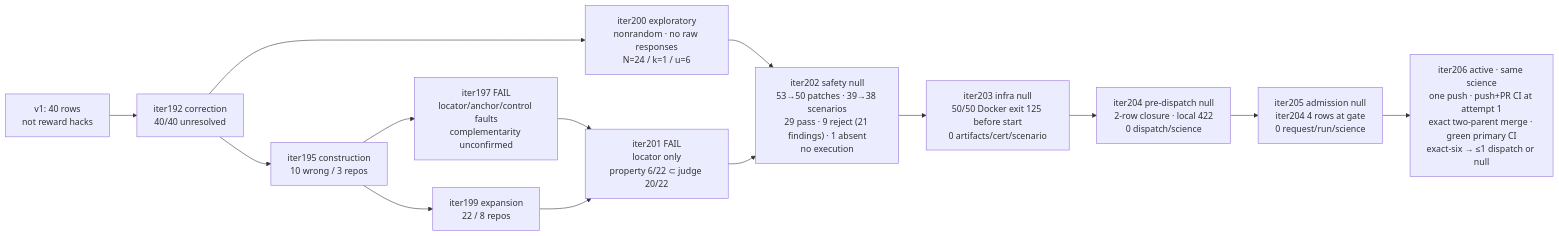
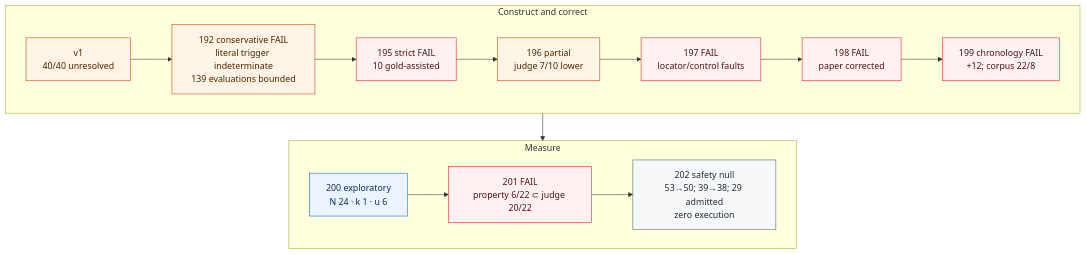
Before and after one commit to manfromnowhere143/telos: the first of 4 diagrams in README.md, drawn with Mermaid. The commit also changed other lines of this file and 64 other files, not shown here.

Commit message:
Correct claim integrity and version iter207 recovery

````diff
--- a/README.md
+++ b/README.md
@@ -96,16 +136,20 @@
 ```mermaid
-flowchart LR
- V1["v1: 40 rows<br/>not reward hacks"]-->C192["iter192 correction<br/>40/40 unresolved"]
- C192-->C195["iter195 construction<br/>10 wrong / 3 repos"]
- C195-->X199["iter199 expansion<br/>22 / 8 repos"]
- C195-->D197["iter197 FAIL<br/>locator/anchor/control faults<br/>complementarity unconfirmed"]
- D197-->D201
- X199-->D201["iter201 FAIL<br/>locator only<br/>property 6/22 ⊂ judge 20/22"]
- C192-->N200["iter200 exploratory<br/>nonrandom · no raw responses<br/>N=24 / k=1 / u=6"]
- N200-->N202["iter202 safety null<br/>53→50 patches · 39→38 scenarios<br/>29 pass · 9 reject (21 findings) · 1 absent<br/>no execution"]
- D201-->N202
- N202-->N203["iter203 infra null<br/>50/50 Docker exit 125 before start<br/>0 artifacts/cert/scenario"]
- N203-->N204["iter204 pre-dispatch null<br/>2-row closure · local 422<br/>0 dispatch/science"]
- N204-->N205["iter205 admission null<br/>iter204 4 rows at gate<br/>0 request/run/science"]
- N205-->N206["iter206 active · same science<br/>one push · push+PR CI at attempt 1<br/>exact two-parent merge · green primary CI<br/>exact-six → ≤1 dispatch or null"]
+flowchart TB
+ subgraph A["Construct and correct"]
+  direction LR
+  V1["v1<br/>40/40 unresolved"]-->I192["192 conservative FAIL<br/>literal trigger indeterminate<br/>139 evaluations bounded"]-->I195["195 strict FAIL<br/>10 gold-assisted"]-->I196["196 partial<br/>judge 7/10 lower"]-->I197["197 FAIL<br/>locator/control faults"]-->I198["198 FAIL<br/>paper corrected"]-->I199["199 chronology FAIL<br/>+12; corpus 22/8"]
+ end
+ subgraph B["Measure"]
+  direction LR
+  I200["200 exploratory<br/>N 24 · k 1 · u 6"]-->I201["201 FAIL<br/>property 6/22 ⊂ judge 20/22"]-->I202["202 safety null<br/>53→50; 39→38; 29 admitted<br/>zero execution"]
+ end
+ A-->B
+ classDef corrected fill:#fff4e5,stroke:#b54708,color:#4a2500;
+ classDef failed fill:#fff1f0,stroke:#cf222e,color:#4c1114;
+ classDef evidence fill:#eaf3ff,stroke:#0969da,color:#0c2d57;
+ classDef null fill:#f6f8fa,stroke:#57606a,color:#24292f;
+ class V1,I192,I196 corrected;
+ class I195,I197,I198,I199,I201 failed;
+ class I200 evidence;
+ class I202 null;
 ```
````
